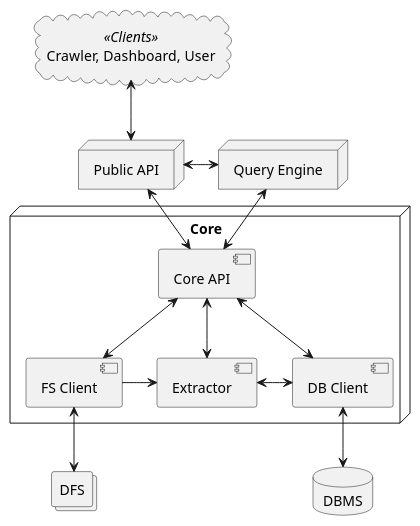
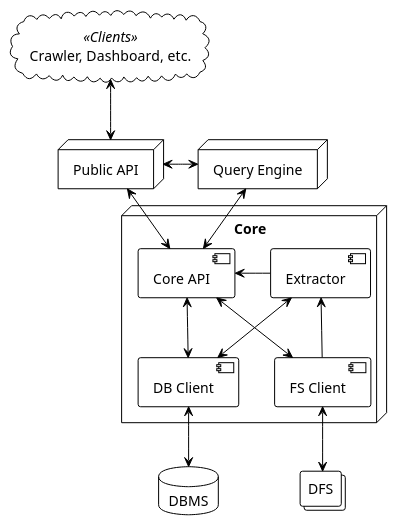
The diagram in report/diagrams/arch.puml (ComLaKe/core), drawn with PlantUML before and after one commit. The commit also changed 6 other files, not shown here.

```diff
--- a/report/diagrams/arch.puml
+++ b/report/diagrams/arch.puml
@@ -1,30 +1,32 @@
 @startuml
+!theme plain
+
 node Core {
     component "DB Client" as meta
     component "FS Client" as files
     component "Core API" as http
     component Extractor as extract
 }
 
 collections DFS
 files <--> DFS
 
 database DBMS
 meta <--> DBMS
 
 http <--> files
 http <--> meta
-http <--> extract
-extract <-left- files
-extract <-right-> meta
+http <-right- extract
+extract <-down- files
+extract <-down-> meta
 
 node "Query Engine" as query
 query <--> http
 
 node "Public API" as api
 api <-right-> query
 api <--> http
 
-cloud "Crawler, Dashboard, User" as client <<Clients>>
+cloud "Crawler, Dashboard, etc." as client <<Clients>>
 client <--> api
 @enduml
```
